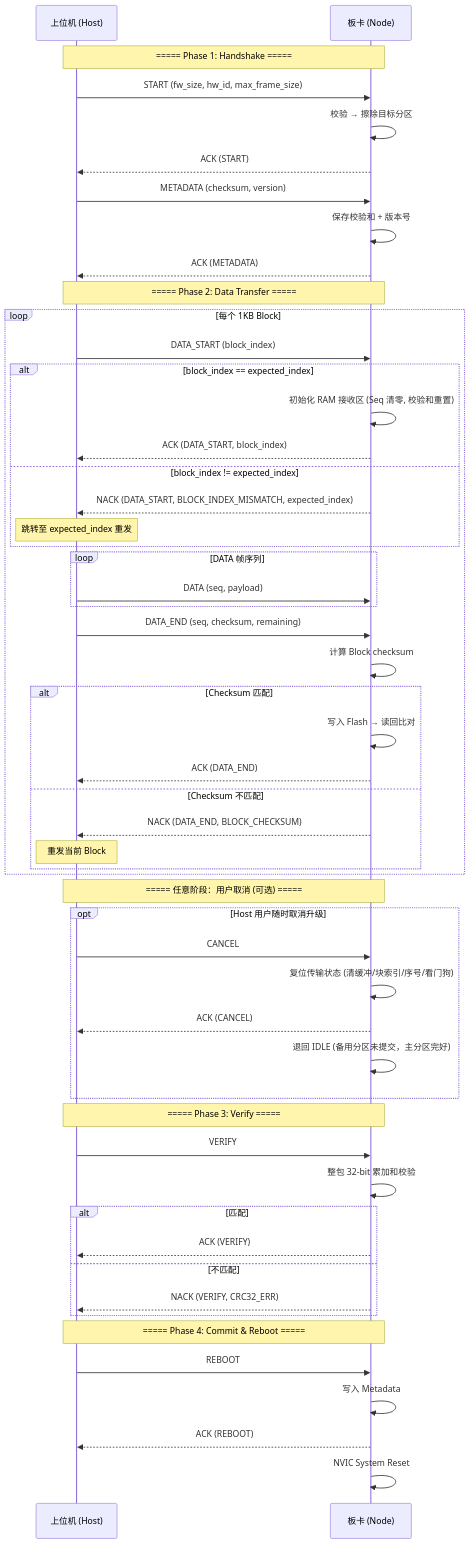
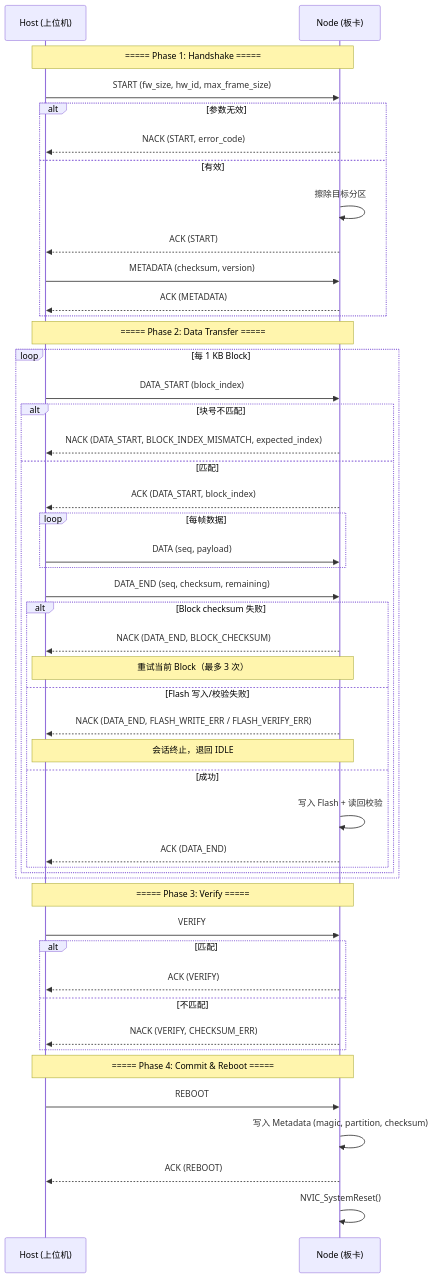
The diagram in stm32_g474_boot/boot_protocol_spec.md (fubingyan2026/stm32_workspace_), drawn with Mermaid before and after one commit. The commit also changed other lines of this file and 35 other files, not shown here.

````diff
--- a/stm32_g474_boot/boot_protocol_spec.md
+++ b/stm32_g474_boot/boot_protocol_spec.md
@@ -255,66 +258,58 @@
 ```mermaid
 sequenceDiagram
-    participant H as 上位机 (Host)
-    participant N as 板卡 (Node)
+    participant H as Host (上位机)
+    participant N as Node (板卡)
 
     Note over H,N: ===== Phase 1: Handshake =====
 
     H->>N: START (fw_size, hw_id, max_frame_size)
-    N->>N: 校验 → 擦除目标分区
-    N-->>H: ACK (START)
-
-    H->>N: METADATA (checksum, version)
-    N->>N: 保存校验和 + 版本号
-    N-->>H: ACK (METADATA)
+    alt 参数无效
+        N-->>H: NACK (START, error_code)
+    else 有效
+        N->>N: 擦除目标分区
+        N-->>H: ACK (START)
+        H->>N: METADATA (checksum, version)
+        N-->>H: ACK (METADATA)
+    end
 
     Note over H,N: ===== Phase 2: Data Transfer =====
 
-    loop 每个 1KB Block
+    loop 每 1 KB Block
         H->>N: DATA_START (block_index)
-        alt block_index == expected_index
-            N->>N: 初始化 RAM 接收区 (Seq 清零, 校验和重置)
+        alt 块号不匹配
+            N-->>H: NACK (DATA_START, BLOCK_INDEX_MISMATCH, expected_index)
+        else 匹配
             N-->>H: ACK (DATA_START, block_index)
-        else block_index != expected_index
-            N-->>H: NACK (DATA_START, BLOCK_INDEX_MISMATCH, expected_index)
-            Note over H: 跳转至 expected_index 重发
+            loop 每帧数据
+                H->>N: DATA (seq, payload)
+            end
+            H->>N: DATA_END (seq, checksum, remaining)
+            alt Block checksum 失败
+                N-->>H: NACK (DATA_END, BLOCK_CHECKSUM)
+                Note over H,N: 重试当前 Block（最多 3 次）
+            else Flash 写入/校验失败
+                N-->>H: NACK (DATA_END, FLASH_WRITE_ERR / FLASH_VERIFY_ERR)
+                Note over H,N: 会话终止，退回 IDLE
+            else 成功
+                N->>N: 写入 Flash + 读回校验
+                N-->>H: ACK (DATA_END)
+            end
         end
-        loop DATA 帧序列
-            H->>N: DATA (seq, payload)
-        end
-        H->>N: DATA_END (seq, checksum, remaining)
-        N->>N: 计算 Block checksum
-        alt Checksum 匹配
-            N->>N: 写入 Flash → 读回比对
-            N-->>H: ACK (DATA_END)
-        else Checksum 不匹配
-            N-->>H: NACK (DATA_END, BLOCK_CHECKSUM)
-            Note over H: 重发当前 Block
-        end
-    end
-
-    Note over H,N: ===== 任意阶段：用户取消 (可选) =====
-
-    opt Host 用户随时取消升级
-        H->>N: CANCEL
-        N->>N: 复位传输状态 (清缓冲/块索引/序号/看门狗)
-        N-->>H: ACK (CANCEL)
-        N->>N: 退回 IDLE (备用分区未提交，主分区完好)
     end
 
     Note over H,N: ===== Phase 3: Verify =====
 
     H->>N: VERIFY
-    N->>N: 整包 32-bit 累加和校验
     alt 匹配
         N-->>H: ACK (VERIFY)
     else 不匹配
-        N-->>H: NACK (VERIFY, CRC32_ERR)
+        N-->>H: NACK (VERIFY, CHECKSUM_ERR)
     end
 
     Note over H,N: ===== Phase 4: Commit & Reboot =====
 
     H->>N: REBOOT
-    N->>N: 写入 Metadata
+    N->>N: 写入 Metadata (magic, partition, checksum)
     N-->>H: ACK (REBOOT)
-    N->>N: NVIC System Reset
+    N->>N: NVIC_SystemReset()
 ```
````
